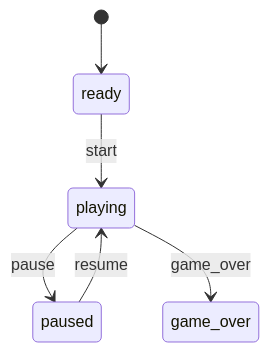
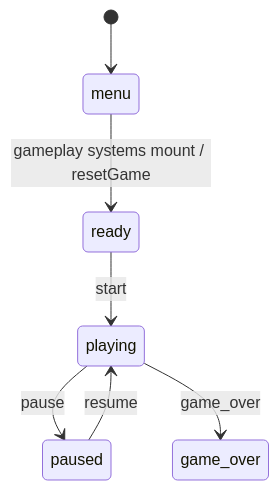
One commit to ishantavinto202/ski-game changed the diagram in Readme.md. Above: the diagram before and after it, drawn with Mermaid. The commit also changed other lines of this file and 38 other files, not shown here.

````diff
--- a/Readme.md
+++ b/Readme.md
@@ -242,8 +243,9 @@
 ```mermaid
 stateDiagram-v2
-  [*] --> ready
+  [*] --> menu
+  menu --> ready: gameplay systems mount / resetGame
   ready --> playing: start
   playing --> paused: pause
   paused --> playing: resume
   playing --> game_over: game_over
 ```
````
